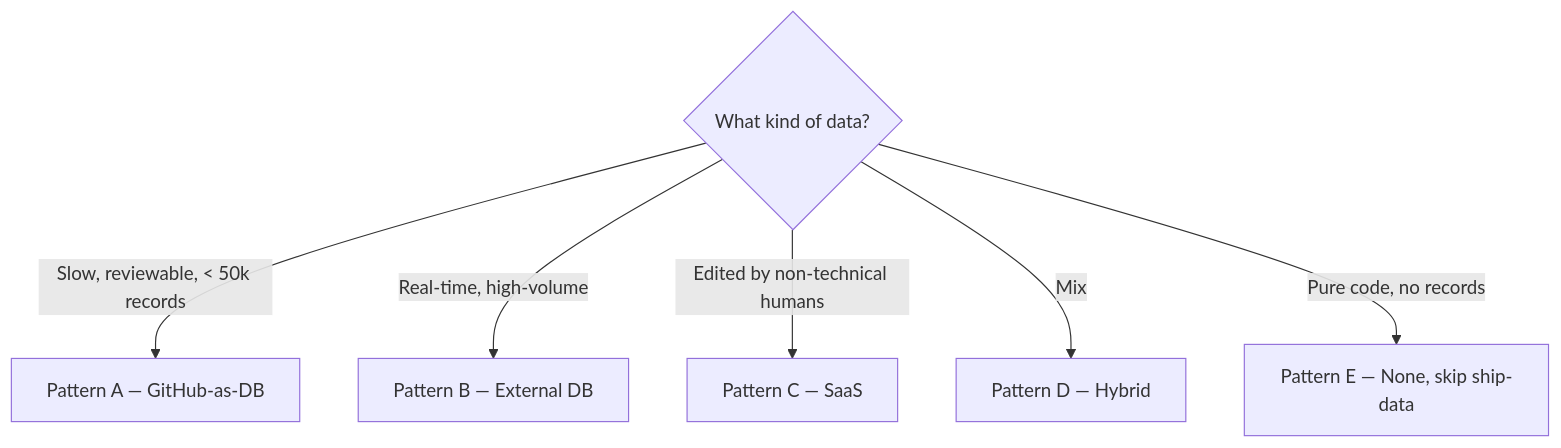
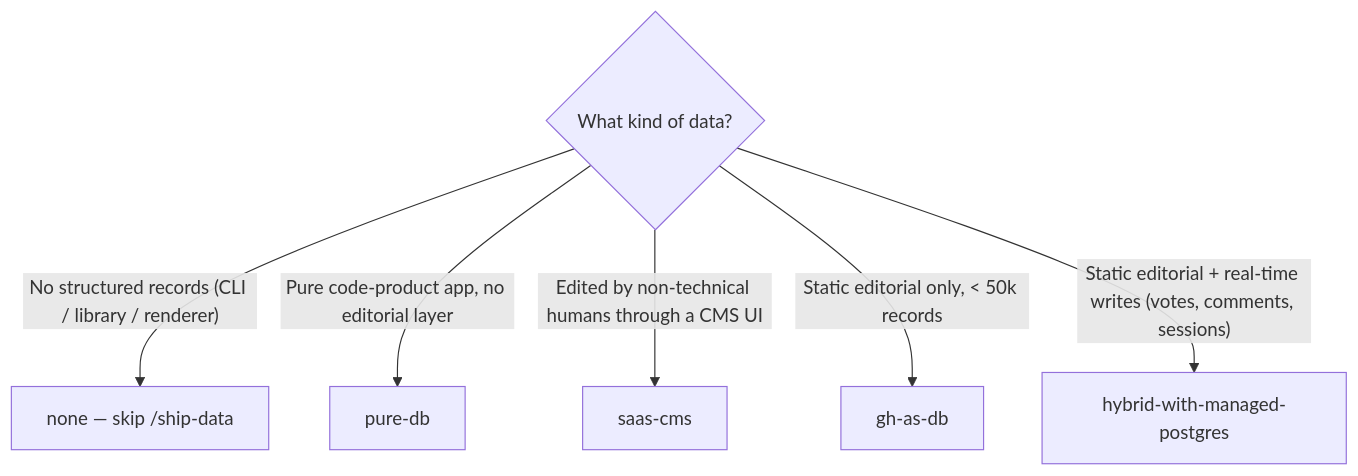
The diagram in customization/data-layer.md (daretodave/nexus), drawn with Mermaid before and after one commit. The commit also changed other lines of this file and 14 other files, not shown here.

````diff
--- a/customization/data-layer.md
+++ b/customization/data-layer.md
@@ -341,9 +543,9 @@
 ```mermaid
 flowchart TD
   start{What kind of data?}
-  start -->|"Slow, reviewable, < 50k records"| A[Pattern A — GitHub-as-DB]
-  start -->|"Real-time, high-volume"| B[Pattern B — External DB]
-  start -->|"Edited by non-technical humans"| C[Pattern C — SaaS]
-  start -->|"Mix"| D[Pattern D — Hybrid]
-  start -->|"Pure code, no records"| E[Pattern E — None, skip ship-data]
+  start -->|"No structured records (CLI / library / renderer)"| E[none — skip /ship-data]
+  start -->|"Pure code-product app, no editorial layer"| B[pure-db]
+  start -->|"Edited by non-technical humans through a CMS UI"| C[saas-cms]
+  start -->|"Static editorial only, < 50k records"| A[gh-as-db]
+  start -->|"Static editorial + real-time writes (votes, comments, sessions)"| D[hybrid-with-managed-postgres]
 ```
````
